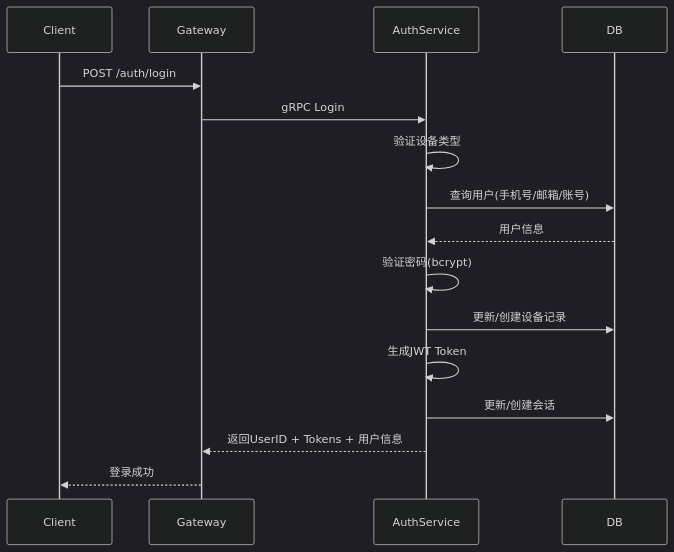
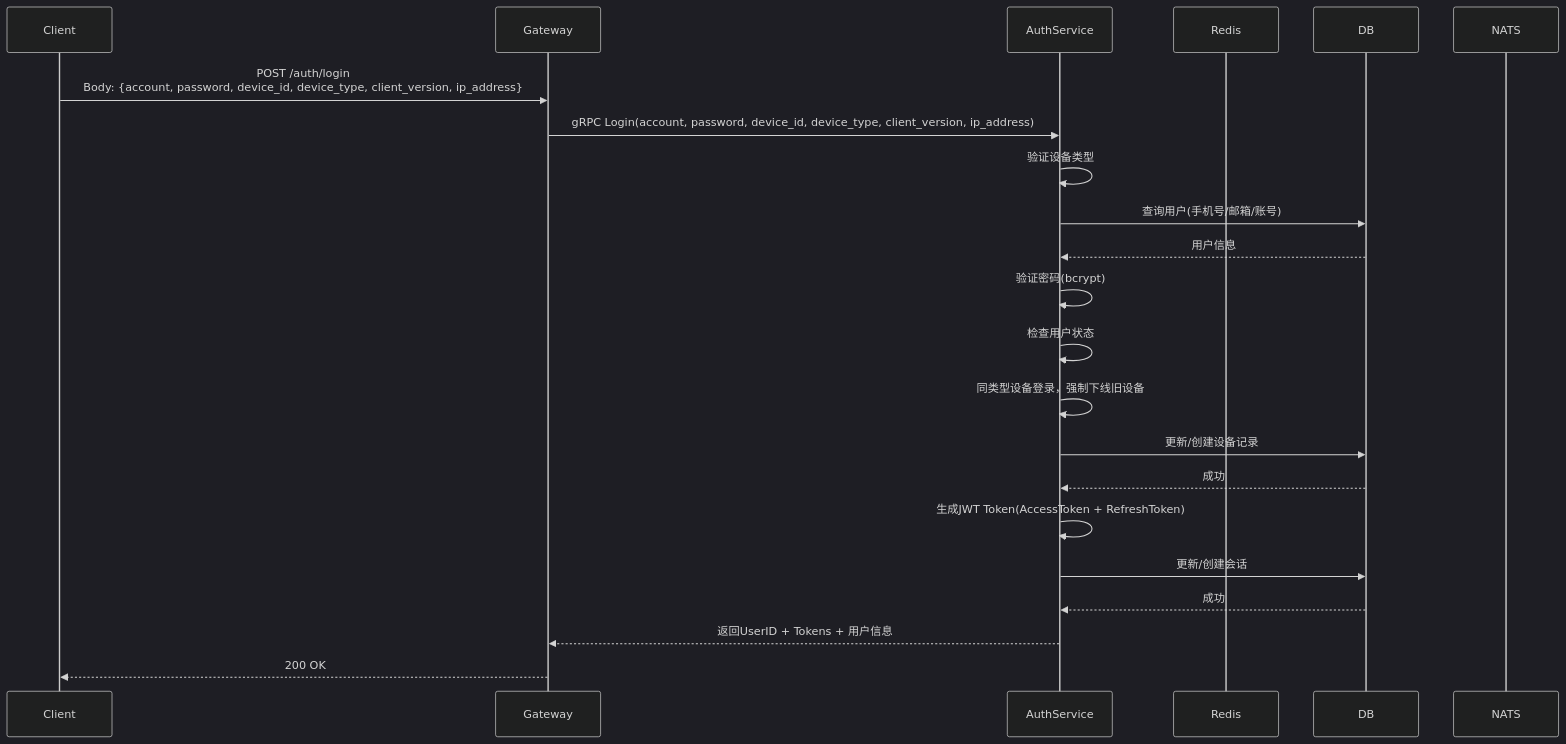
The diagram in docs/design/auth/login.md (yzhgit/anychat-server), drawn with Mermaid (dark theme) before and after one commit. The commit also changed other lines of this file and 30 other files, not shown here.

First line of the commit message:
docs: 更新设计文档时序图，添加Gateway和NATS参与者

````diff
--- a/docs/design/auth/login.md
+++ b/docs/design/auth/login.md
@@ -16,19 +16,25 @@
 ```mermaid
 sequenceDiagram
     participant Client
     participant Gateway
     participant AuthService
+    participant Redis
     participant DB
+    participant NATS
 
-    Client->>Gateway: POST /auth/login
-    Gateway->>AuthService: gRPC Login
+    Client->>Gateway: POST /auth/login<br/>Body: {account, password, device_id, device_type, client_version, ip_address}
+    Gateway->>AuthService: gRPC Login(account, password, device_id, device_type, client_version, ip_address)
     AuthService->>AuthService: 验证设备类型
     AuthService->>DB: 查询用户(手机号/邮箱/账号)
     DB-->>AuthService: 用户信息
     AuthService->>AuthService: 验证密码(bcrypt)
+    AuthService->>AuthService: 检查用户状态
+    AuthService->>AuthService: 同类型设备登录，强制下线旧设备
     AuthService->>DB: 更新/创建设备记录
-    AuthService->>AuthService: 生成JWT Token
+    DB-->>AuthService: 成功
+    AuthService->>AuthService: 生成JWT Token(AccessToken + RefreshToken)
     AuthService->>DB: 更新/创建会话
+    DB-->>AuthService: 成功
     AuthService-->>Gateway: 返回UserID + Tokens + 用户信息
-    Gateway-->>Client: 登录成功
+    Gateway-->>Client: 200 OK
 ```
````
